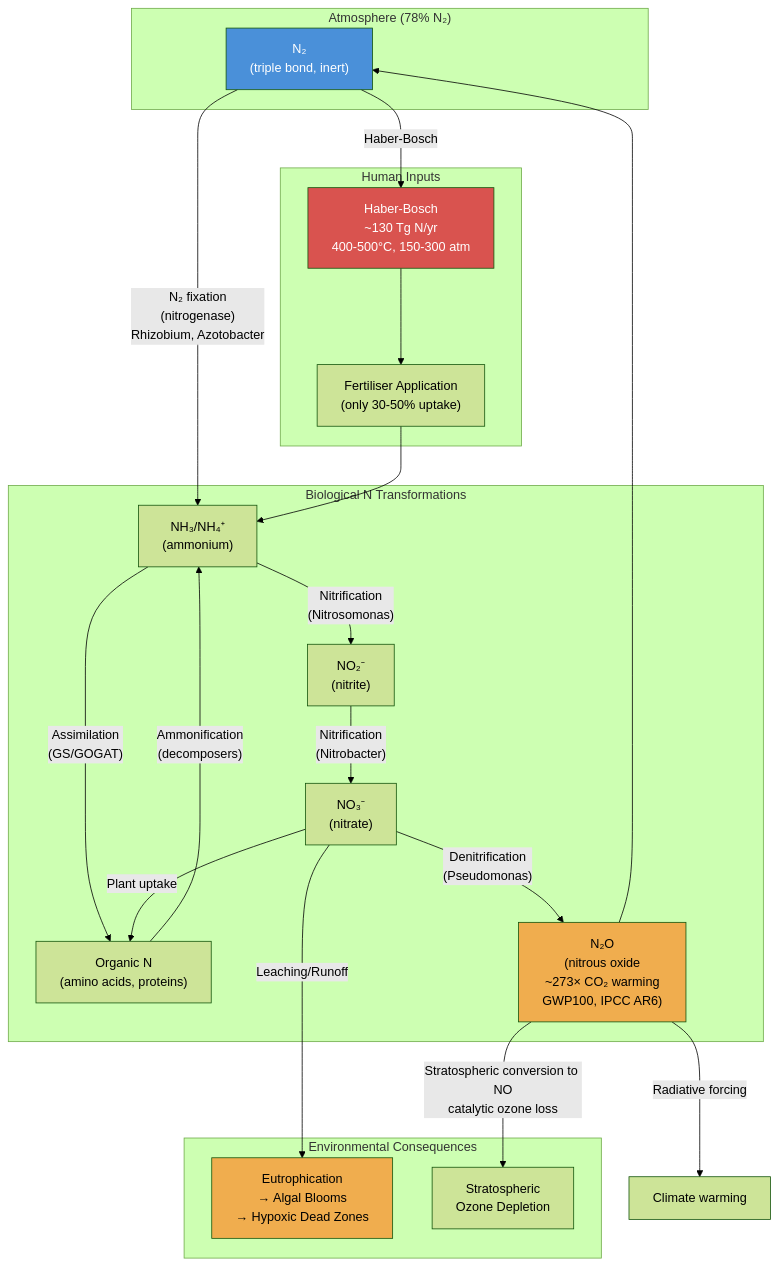
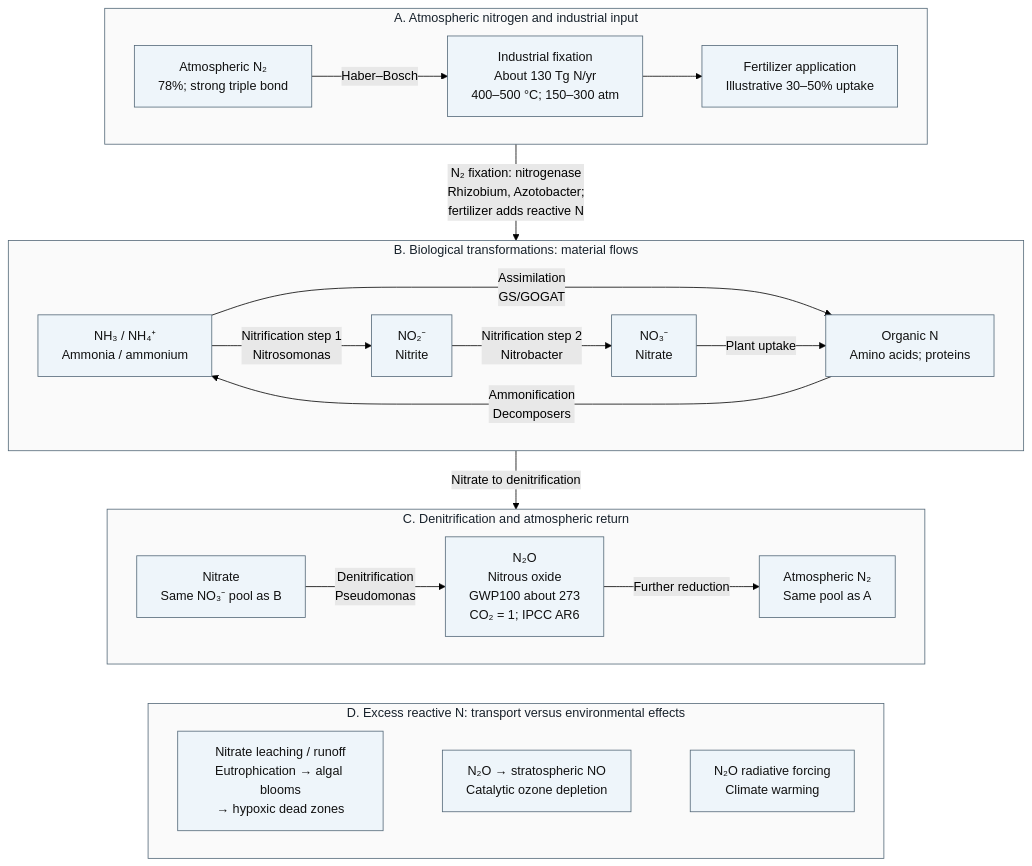
One commit to docxology/biology_textbook changed the third of 4 diagrams in docs/manuscript/unit_X/ecosystem_ecology.md. Above: the diagram before and after it, drawn with Mermaid (forest theme). The commit also changed other lines of this file and 41 other files, not shown here.

````diff
--- a/docs/manuscript/unit_X/ecosystem_ecology.md
+++ b/docs/manuscript/unit_X/ecosystem_ecology.md
@@ -416,44 +426,41 @@
 ```mermaid
+---
+config:
+  layout: dagre
+---
 flowchart TD
-    subgraph Atmosphere ["Atmosphere (78% N₂)"]
-        N2["N₂\n(triple bond, inert)"]
+    subgraph Inputs["A. Atmospheric nitrogen and industrial input"]
+        direction LR
+        N2["Atmospheric N₂<br/>78%; strong triple bond"] -->|"Haber–Bosch"| HB["Industrial fixation<br/>About 130 Tg N/yr<br/>400–500 °C; 150–300 atm"]
+        HB --> FERT["Fertilizer application<br/>Illustrative 30–50% uptake"]
     end
-
-    subgraph Biological ["Biological N Transformations"]
-        NH3["NH₃/NH₄⁺\n(ammonium)"]
-        NO2["NO₂⁻\n(nitrite)"]
-        NO3["NO₃⁻\n(nitrate)"]
-        ORG["Organic N\n(amino acids, proteins)"]
-        N2O["N₂O\n(nitrous oxide\n~273× CO₂ warming\nGWP100, IPCC AR6)"]
+    subgraph Biological["B. Biological transformations: material flows"]
+        direction LR
+        NH3["NH₃ / NH₄⁺<br/>Ammonia / ammonium"] -->|"Nitrification step 1<br/>Nitrosomonas"| NO2["NO₂⁻<br/>Nitrite"]
+        NO2 -->|"Nitrification step 2<br/>Nitrobacter"| NO3["NO₃⁻<br/>Nitrate"]
+        NH3 -->|"Assimilation<br/>GS/GOGAT"| ORG["Organic N<br/>Amino acids; proteins"]
+        ORG -->|"Ammonification<br/>Decomposers"| NH3
+        NO3 -->|"Plant uptake"| ORG
     end
-
-    subgraph Anthropogenic ["Human Inputs"]
-        HB["Haber-Bosch\n~130 Tg N/yr\n400-500°C, 150-300 atm"]
-        FERT["Fertiliser Application\n(only 30-50% uptake)"]
+    subgraph Returns["C. Denitrification and atmospheric return"]
+        direction LR
+        NR["Nitrate<br/>Same NO₃⁻ pool as B"] -->|"Denitrification<br/>Pseudomonas"| N2O["N₂O<br/>Nitrous oxide<br/>GWP100 about 273<br/>CO₂ = 1; IPCC AR6"]
+        N2O -->|"Further reduction"| N2R["Atmospheric N₂<br/>Same pool as A"]
     end
-
-    subgraph Consequences ["Environmental Consequences"]
-        EUTR["Eutrophication\n→ Algal Blooms\n→ Hypoxic Dead Zones"]
-        OZONE["Stratospheric\nOzone Depletion"]
+    subgraph Effects["D. Excess reactive N: transport versus environmental effects"]
+        direction LR
+        EUTR["Nitrate leaching / runoff<br/>Eutrophication → algal blooms<br/>→ hypoxic dead zones"]
+        OZONE["N₂O → stratospheric NO<br/>Catalytic ozone depletion"]
+        WARM["N₂O radiative forcing<br/>Climate warming"]
+        EUTR ~~~ OZONE ~~~ WARM
     end
-
-    N2 -->|"N₂ fixation\n(nitrogenase)\nRhizobium, Azotobacter"| NH3
-    N2 -->|"Haber-Bosch"| HB
-    HB --> FERT
-    FERT --> NH3
-    NH3 -->|"Assimilation\n(GS/GOGAT)"| ORG
-    ORG -->|"Ammonification\n(decomposers)"| NH3
-    NH3 -->|"Nitrification\n(Nitrosomonas)"| NO2
-    NO2 -->|"Nitrification\n(Nitrobacter)"| NO3
-    NO3 -->|"Plant uptake"| ORG
-    NO3 -->|"Denitrification\n(Pseudomonas)"| N2O
-    N2O --> N2
-    NO3 -->|"Leaching/Runoff"| EUTR
-    N2O -->|"Stratospheric conversion to NO<br/>catalytic ozone loss"| OZONE
-    N2O -->|"Radiative forcing"| WARM["Climate warming"]
-
-    style N2 fill:#4a90d9,color:#fff
-    style HB fill:#d9534f,color:#fff
-    style EUTR fill:#f0ad4e,color:#000
-    style N2O fill:#f0ad4e,color:#000
+    Inputs -->|"N₂ fixation: nitrogenase<br/>Rhizobium, Azotobacter;<br/>fertilizer adds reactive N"| Biological
+    Biological -->|"Nitrate to denitrification"| Returns
+    Returns ~~~ Effects
+    classDef readable fill:#eef5fa,stroke:#526777,color:#111111
+    class N2,HB,FERT,NH3,NO2,NO3,ORG,NR,N2O,N2R,EUTR,OZONE,WARM readable
+    style Inputs fill:#fafafa,stroke:#526777,color:#17212b
+    style Biological fill:#fafafa,stroke:#526777,color:#17212b
+    style Returns fill:#fafafa,stroke:#526777,color:#17212b
+    style Effects fill:#fafafa,stroke:#526777,color:#17212b
 ```
````
